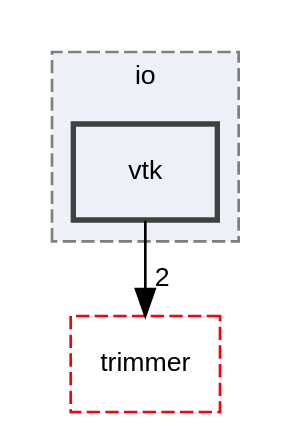
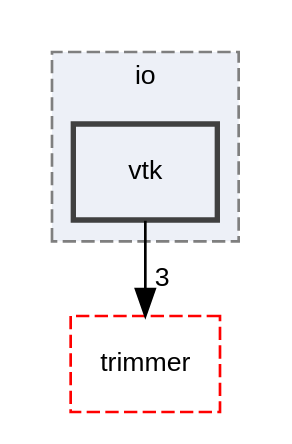
One commit to rath3t/dune-iga-doc changed the diagram in dir_0185853483cd959150fdf3c8210a5831_dep.dot. Above: the diagram before and after it, drawn with Graphviz. The commit also changed 1693 other files, not shown here.

```diff
--- a/dir_0185853483cd959150fdf3c8210a5831_dep.dot
+++ b/dir_0185853483cd959150fdf3c8210a5831_dep.dot
@@ -1,13 +1,13 @@
 digraph "vtk"
 {
  // LATEX_PDF_SIZE
   edge [fontname="Helvetica",fontsize="10",labelfontname="Helvetica",labelfontsize="10"];
   node [fontname="Helvetica",fontsize="10",shape=record];
   compound=true
   subgraph clusterdir_c3ccff8517fbe337b2b8ad503c3a1590 {
     graph [ bgcolor="#edf0f7", pencolor="grey50", style="filled,dashed,", label="io", fontname="Helvetica", fontsize="10", URL="dir_c3ccff8517fbe337b2b8ad503c3a1590.html"]
   dir_0185853483cd959150fdf3c8210a5831 [shape=box, label="vtk", style="filled,bold,", fillcolor="#edf0f7", color="grey25", URL="dir_0185853483cd959150fdf3c8210a5831.html"];
   }
   dir_7d0c370ab440c4b4f78419bfc8c93eb8 [shape=box, label="trimmer", style="dashed,", fillcolor="#edf0f7", color="red", URL="dir_7d0c370ab440c4b4f78419bfc8c93eb8.html"];
-  dir_0185853483cd959150fdf3c8210a5831->dir_7d0c370ab440c4b4f78419bfc8c93eb8 [headlabel="2", labeldistance=1.5 headhref="dir_000020_000017.html"];
+  dir_0185853483cd959150fdf3c8210a5831->dir_7d0c370ab440c4b4f78419bfc8c93eb8 [headlabel="3", labeldistance=1.5 headhref="dir_000020_000017.html"];
 }
```
